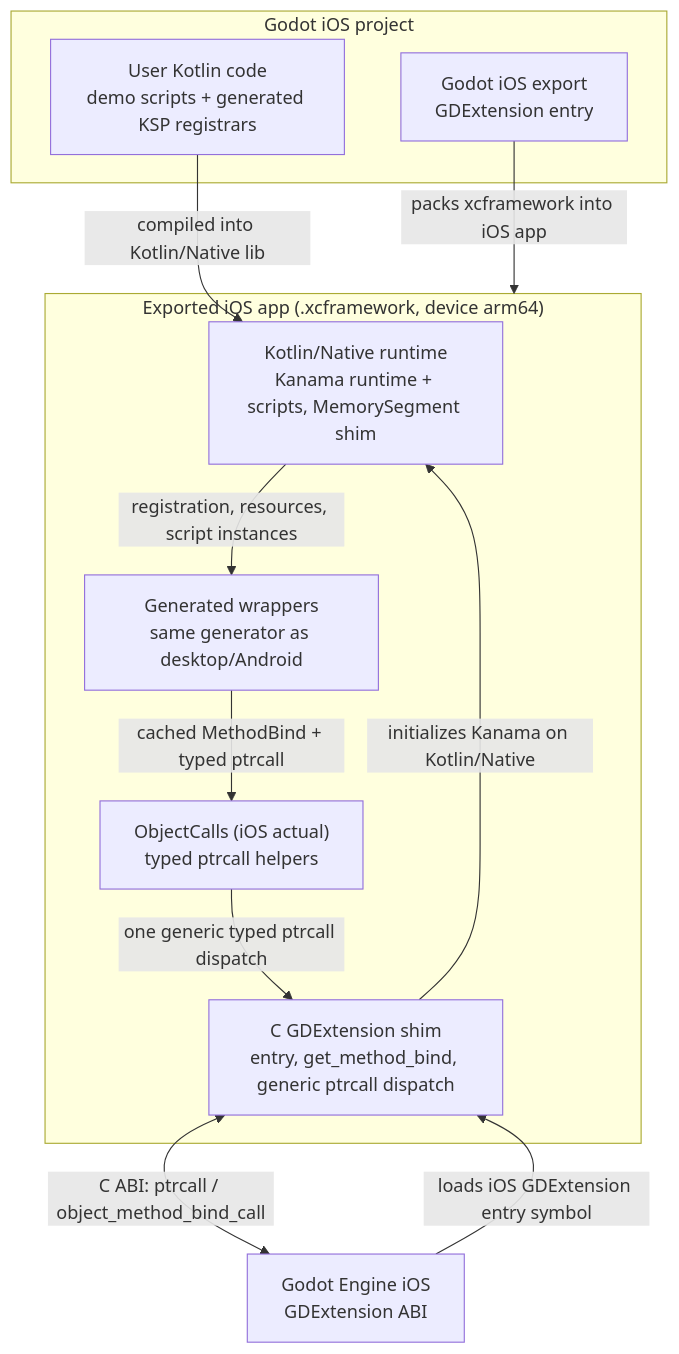
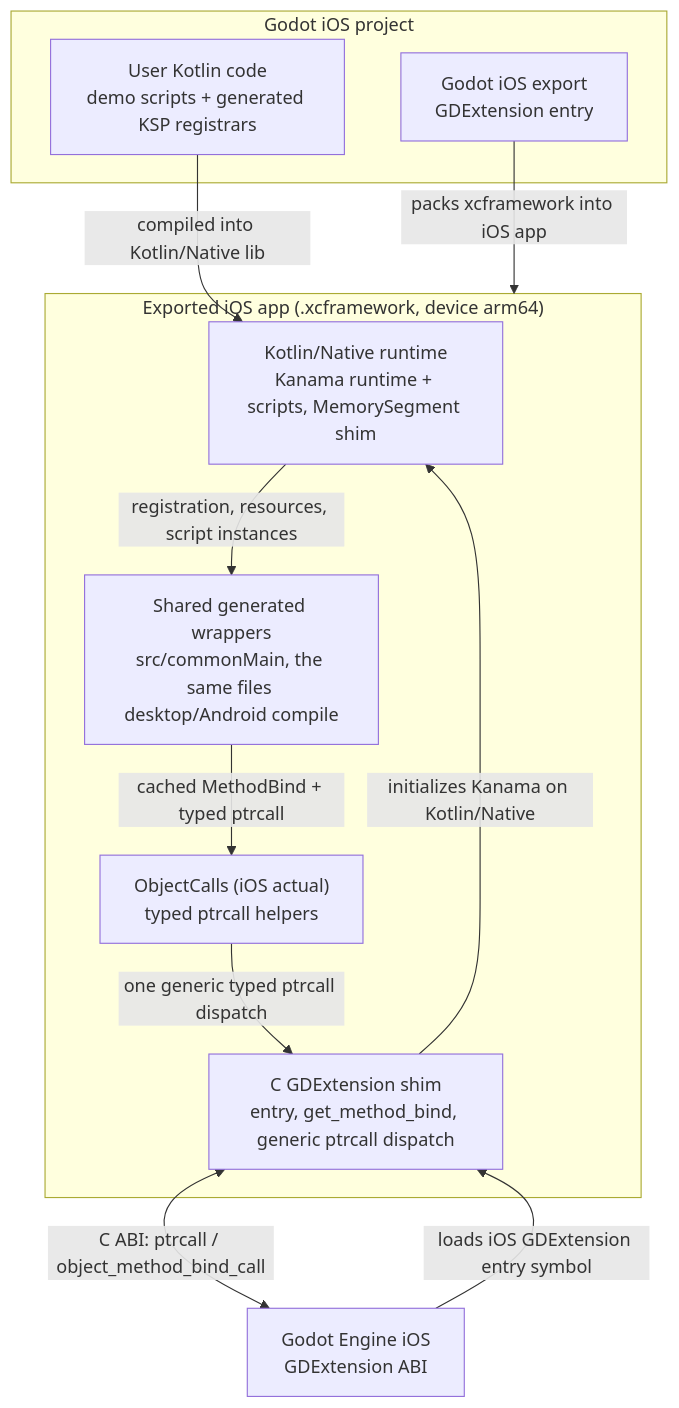
Before and after one commit to falcon4ever/kanama: the third of 5 diagrams in docs/contributing/architecture.md, drawn with Mermaid. The commit also changed 3298 other files, not shown here.

First line of the commit message:
One shared generated wrapper tree for the native backends; desktop-only members as companions (task 103) (#220)

````diff
--- a/docs/contributing/architecture.md
+++ b/docs/contributing/architecture.md
@@ -84,25 +84,25 @@
 ```mermaid
 flowchart TB
     subgraph PROJECT["Godot iOS project"]
         USER["User Kotlin code<br/>demo scripts + generated KSP registrars"]
         EXPORT["Godot iOS export<br/>GDExtension entry"]
     end
 
     subgraph APP["Exported iOS app (.xcframework, device arm64)"]
         KN["Kotlin/Native runtime<br/>Kanama runtime + scripts, MemorySegment shim"]
-        WRAP["Generated wrappers<br/>same generator as desktop/Android"]
+        WRAP["Shared generated wrappers<br/>src/commonMain, the same files desktop/Android compile"]
         OC["ObjectCalls (iOS actual)<br/>typed ptrcall helpers"]
         SHIM["C GDExtension shim<br/>entry, get_method_bind, generic ptrcall dispatch"]
     end
 
     GODOT["Godot Engine iOS<br/>GDExtension ABI"]
 
     USER -->|"compiled into Kotlin/Native lib"| KN
     EXPORT -->|"packs xcframework into iOS app"| APP
     GODOT -->|"loads iOS GDExtension entry symbol"| SHIM
     SHIM -->|"initializes Kanama on Kotlin/Native"| KN
     KN -->|"registration, resources, script instances"| WRAP
     WRAP -->|"cached MethodBind + typed ptrcall"| OC
     OC -->|"one generic typed ptrcall dispatch"| SHIM
     SHIM <-->|"C ABI: ptrcall / object_method_bind_call"| GODOT
 ```
````
